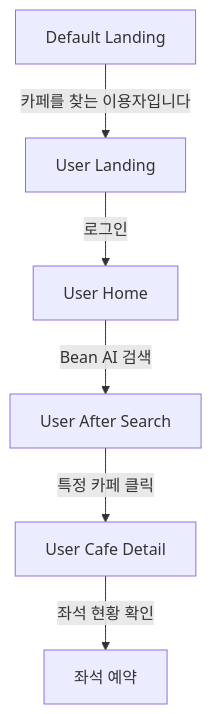
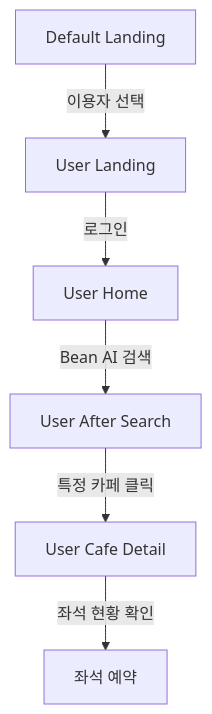
Before and after one commit to eileen914/Bean_Front_Clean: the second of 2 diagrams in README.md, drawn with Mermaid. The commit also changed other lines of this file, not shown here.

````diff
--- a/README.md
+++ b/README.md
@@ -122,8 +127,8 @@
 ```mermaid
 flowchart TD
-    A[Default Landing] -->|카페를 찾는 이용자입니다| B[User Landing]
+    A[Default Landing] -->|이용자 선택| B[User Landing]
     B -->|로그인| C[User Home]
     C -->|Bean AI 검색| D[User After Search]
     D -->|특정 카페 클릭| E[User Cafe Detail]
     E -->|좌석 현황 확인| F[좌석 예약]
 ```
````
